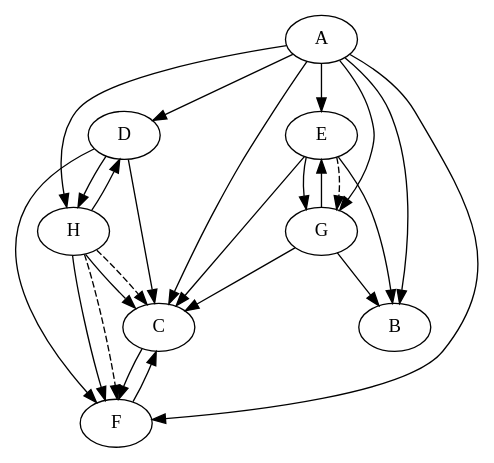
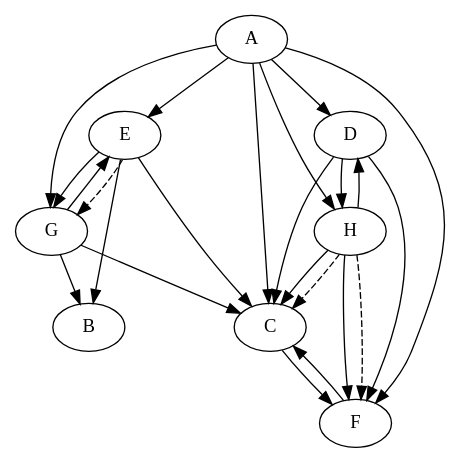
The diagram in SourcesMatlab/graph.dot (modSquad/AaD), drawn with Graphviz before and after one commit. The commit also changed 1 other file, not shown here.

```diff
--- a/SourcesMatlab/graph.dot
+++ b/SourcesMatlab/graph.dot
@@ -1,37 +1,36 @@
 digraph G {
 A;
 B;
 C;
 D;
 E;
 F;
 G;
 H;
 
-A -> B;
 E -> B;
 G -> B;
 A -> C;
 D -> C;
 E -> C;
 F -> C;
 G -> C;
 H -> C;
 A -> D;
 H -> D;
 A -> E;
 G -> E;
 A -> F;
 C -> F;
 D -> F;
 H -> F;
 A -> G;
 E -> G;
 A -> H;
 D -> H;
 
 H -> C[style = "dashed"];
 H -> F[style = "dashed"];
 E -> G[style = "dashed"];
 
 }
```
